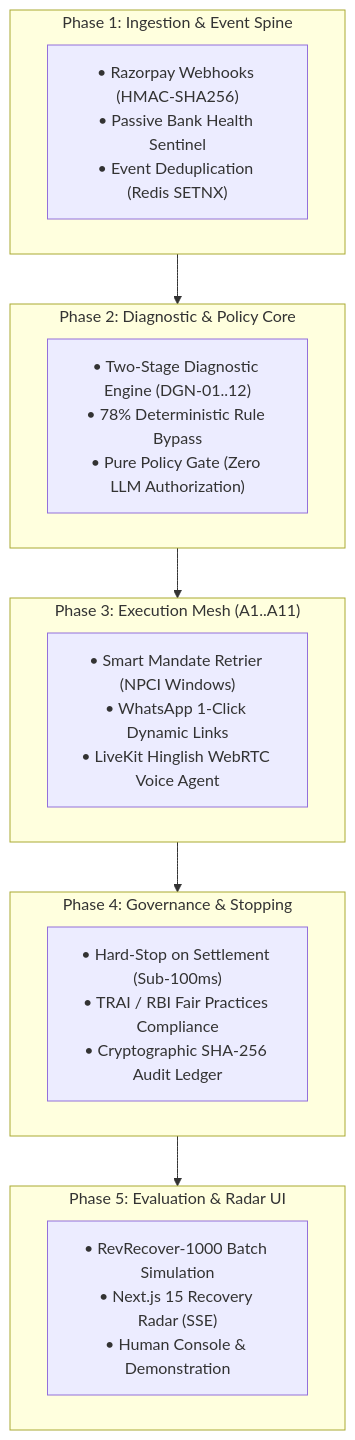
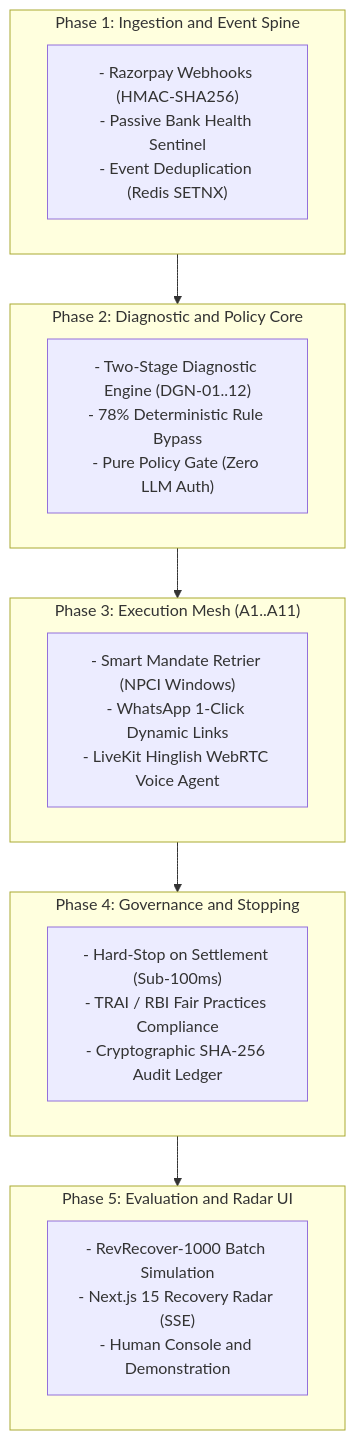
Before and after one commit to Adityaraj1969/Razorpay-Revenue-Recovery: the diagram in docs/Phases.md, drawn with Mermaid. The commit also changed 8 other files, not shown here.

Commit message:
fix(docs): format all Mermaid diagrams with strict GitHub-compliant quoted syntax and ASCII typography

````diff
--- a/docs/Phases.md
+++ b/docs/Phases.md
@@ -17,27 +17,27 @@
 ```mermaid
 flowchart TB
-    subgraph PHASE1["Phase 1: Ingestion & Event Spine"]
-        P1["• Razorpay Webhooks (HMAC-SHA256)<br/>• Passive Bank Health Sentinel<br/>• Event Deduplication (Redis SETNX)"]
+    subgraph PHASE1["Phase 1: Ingestion and Event Spine"]
+        P1["- Razorpay Webhooks (HMAC-SHA256)<br/>- Passive Bank Health Sentinel<br/>- Event Deduplication (Redis SETNX)"]
     end
 
-    subgraph PHASE2["Phase 2: Diagnostic & Policy Core"]
-        P2["• Two-Stage Diagnostic Engine (DGN-01..12)<br/>• 78% Deterministic Rule Bypass<br/>• Pure Policy Gate (Zero LLM Authorization)"]
+    subgraph PHASE2["Phase 2: Diagnostic and Policy Core"]
+        P2["- Two-Stage Diagnostic Engine (DGN-01..12)<br/>- 78% Deterministic Rule Bypass<br/>- Pure Policy Gate (Zero LLM Auth)"]
     end
 
     subgraph PHASE3["Phase 3: Execution Mesh (A1..A11)"]
-        P3["• Smart Mandate Retrier (NPCI Windows)<br/>• WhatsApp 1-Click Dynamic Links<br/>• LiveKit Hinglish WebRTC Voice Agent"]
+        P3["- Smart Mandate Retrier (NPCI Windows)<br/>- WhatsApp 1-Click Dynamic Links<br/>- LiveKit Hinglish WebRTC Voice Agent"]
     end
 
-    subgraph PHASE4["Phase 4: Governance & Stopping"]
-        P4["• Hard-Stop on Settlement (Sub-100ms)<br/>• TRAI / RBI Fair Practices Compliance<br/>• Cryptographic SHA-256 Audit Ledger"]
+    subgraph PHASE4["Phase 4: Governance and Stopping"]
+        P4["- Hard-Stop on Settlement (Sub-100ms)<br/>- TRAI / RBI Fair Practices Compliance<br/>- Cryptographic SHA-256 Audit Ledger"]
     end
 
-    subgraph PHASE5["Phase 5: Evaluation & Radar UI"]
-        P5["• RevRecover-1000 Batch Simulation<br/>• Next.js 15 Recovery Radar (SSE)<br/>• Human Console & Demonstration"]
+    subgraph PHASE5["Phase 5: Evaluation and Radar UI"]
+        P5["- RevRecover-1000 Batch Simulation<br/>- Next.js 15 Recovery Radar (SSE)<br/>- Human Console and Demonstration"]
     end
 
     PHASE1 --> PHASE2
     PHASE2 --> PHASE3
     PHASE3 --> PHASE4
     PHASE4 --> PHASE5
 ```
````
